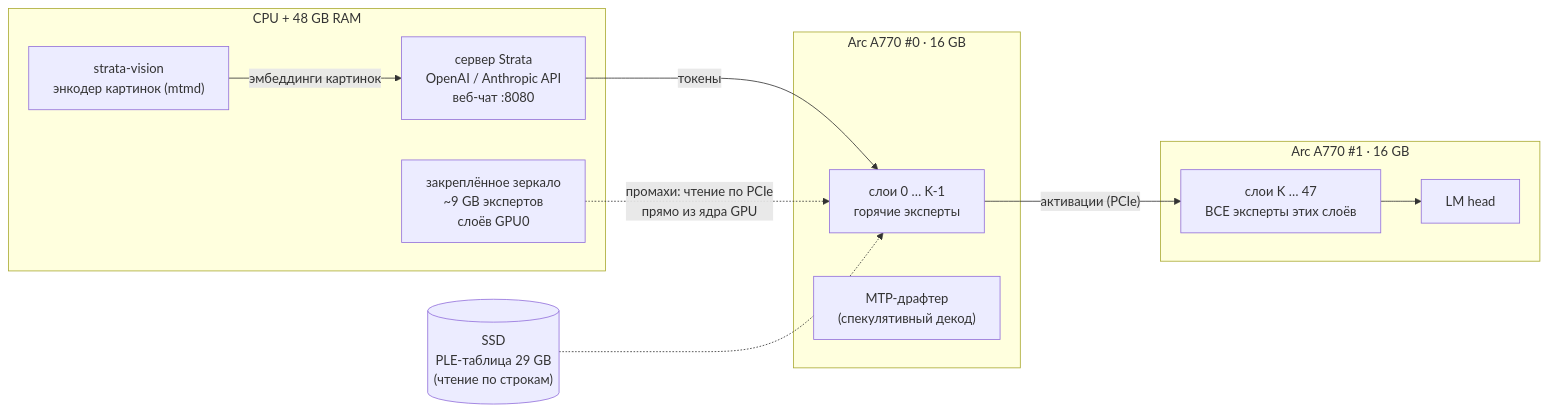
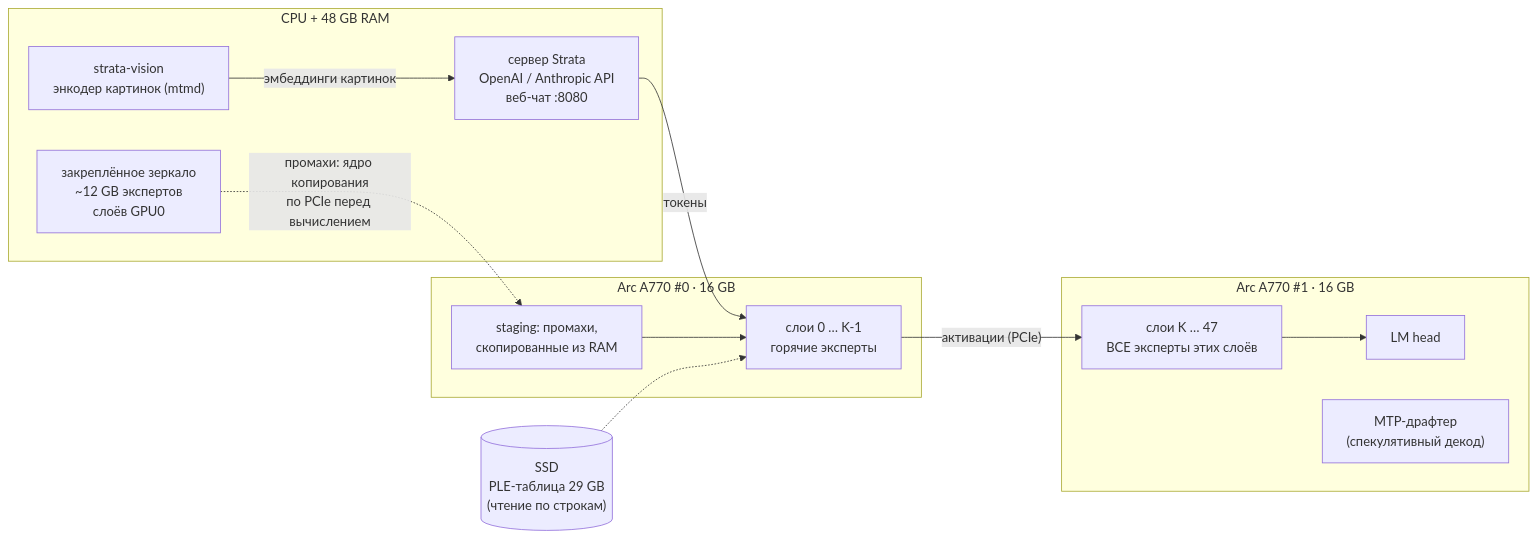
One commit to Mqxl/arc-moe-public changed the diagram in README.md. Above: the diagram before and after it, drawn with Mermaid. The commit also changed other lines of this file and 12 other files, not shown here.

````diff
--- a/README.md
+++ b/README.md
@@ -36,21 +61,22 @@
 ```mermaid
 flowchart LR
     subgraph CPU["CPU + 48 GB RAM"]
         V["strata-vision<br/>энкодер картинок (mtmd)"]
-        M["закреплённое зеркало<br/>~9 GB экспертов<br/>слоёв GPU0"]
+        M["закреплённое зеркало<br/>~12 GB экспертов<br/>слоёв GPU0"]
         S["сервер Strata<br/>OpenAI / Anthropic API<br/>веб-чат :8080"]
     end
     subgraph G0["Arc A770 #0 · 16 GB"]
         L0["слои 0 … K-1<br/>горячие эксперты"]
-        D["MTP-драфтер<br/>(спекулятивный декод)"]
+        ST["staging: промахи,<br/>скопированные из RAM"]
     end
     subgraph G1["Arc A770 #1 · 16 GB"]
         L1["слои K … 47<br/>ВСЕ эксперты этих слоёв"]
         H["LM head"]
+        D["MTP-драфтер<br/>(спекулятивный декод)"]
     end
     SSD[("SSD<br/>PLE-таблица 29 GB<br/>(чтение по строкам)")]
     S -- токены --> L0 -- "активации (PCIe)" --> L1 --> H
-    M -. "промахи: чтение по PCIe<br/>прямо из ядра GPU" .-> L0
+    M -. "промахи: ядро копирования<br/>по PCIe перед вычислением" .-> ST --> L0
     SSD -.-> L0
     V -- эмбеддинги картинок --> S
 ```
````
